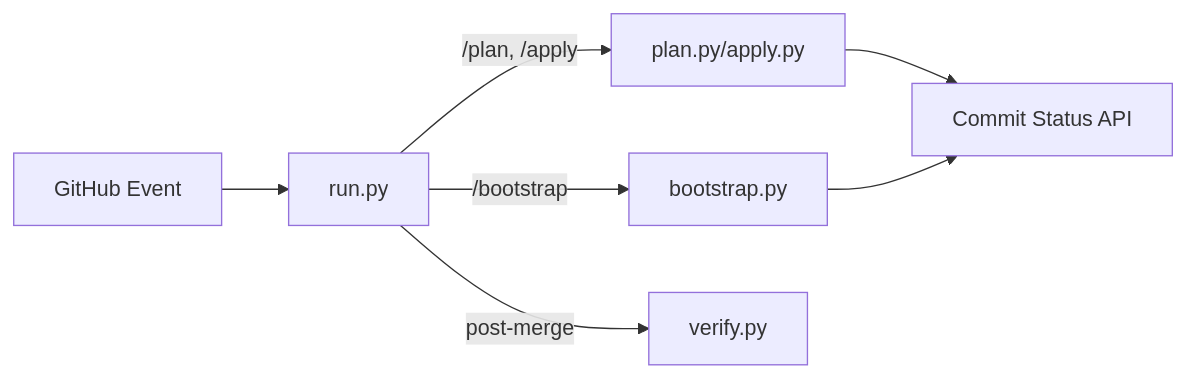
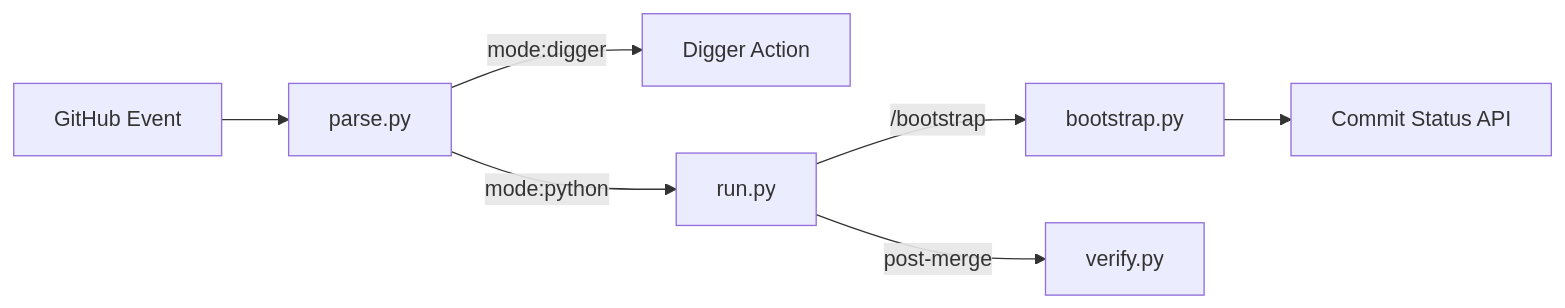
One commit to wangzitian0/infra changed the diagram in tools/ci/README.md. Above: the diagram before and after it, drawn with Mermaid. The commit also changed other lines of this file and 6 other files, not shown here.

````diff
--- a/tools/ci/README.md
+++ b/tools/ci/README.md
@@ -15,10 +15,11 @@
 ```mermaid
 flowchart LR
-    Event[GitHub Event] --> Run[run.py]
-    Run --> |/plan, /apply| Plan[plan.py/apply.py]
+    Event[GitHub Event] --> Parse[parse.py]
+    Parse --> |mode:digger| Digger[Digger Action]
+    Parse --> |mode:python| Run[run.py]
+    
     Run --> |/bootstrap| BS[bootstrap.py]
     Run --> |post-merge| Verify[verify.py]
     
-    Plan --> Status[Commit Status API]
-    BS --> Status
+    BS --> Status[Commit Status API]
 ```
````
